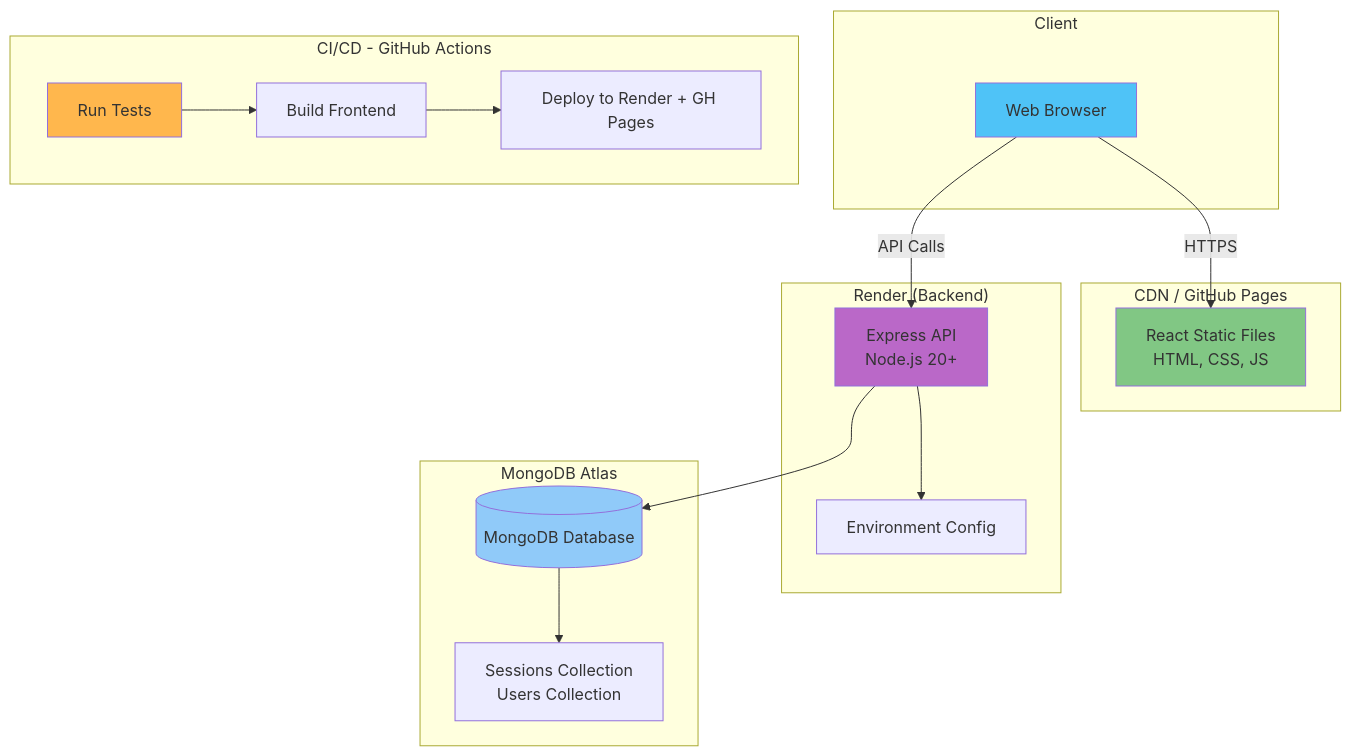
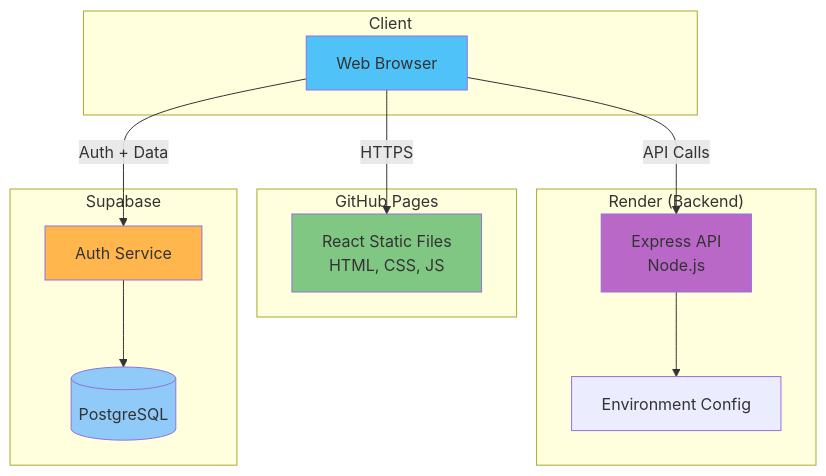
One commit to MarinaLarissa/site-da-luci changed the sixth of 7 diagrams in docs/architecture/architecture-diagram.md. Above: the diagram before and after it, drawn with Mermaid. The commit also changed other lines of this file and 22 other files, not shown here.

````diff
--- a/docs/architecture/architecture-diagram.md
+++ b/docs/architecture/architecture-diagram.md
@@ -309,41 +225,32 @@
 ```mermaid
 graph TB
     subgraph "Client"
         Browser[Web Browser]
     end
 
-    subgraph "CDN / GitHub Pages"
+    subgraph "GitHub Pages"
         StaticFiles[React Static Files<br/>HTML, CSS, JS]
     end
 
     subgraph "Render (Backend)"
-        API[Express API<br/>Node.js 20+]
+        API[Express API<br/>Node.js]
         ENV[Environment Config]
     end
 
-    subgraph "MongoDB Atlas"
-        DB[(MongoDB Database)]
-        Collections[Sessions Collection<br/>Users Collection]
-    end
-
-    subgraph "CI/CD - GitHub Actions"
-        Tests[Run Tests]
-        Build[Build Frontend]
-        Deploy[Deploy to Render + GH Pages]
+    subgraph "Supabase"
+        Auth[Auth Service]
+        DB[(PostgreSQL)]
     end
 
     Browser -->|HTTPS| StaticFiles
     Browser -->|API Calls| API
+    Browser -->|Auth + Data| Auth
     API --> ENV
-    API --> DB
-    DB --> Collections
-
-    Tests --> Build
-    Build --> Deploy
+    Auth --> DB
 
     style Browser fill:#4fc3f7
     style StaticFiles fill:#81c784
     style API fill:#ba68c8
+    style Auth fill:#ffb74d
     style DB fill:#90caf9
-    style Tests fill:#ffb74d
 ```
````
